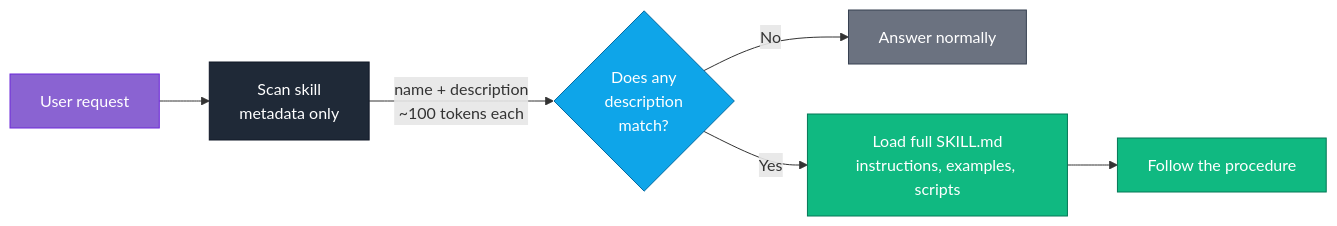
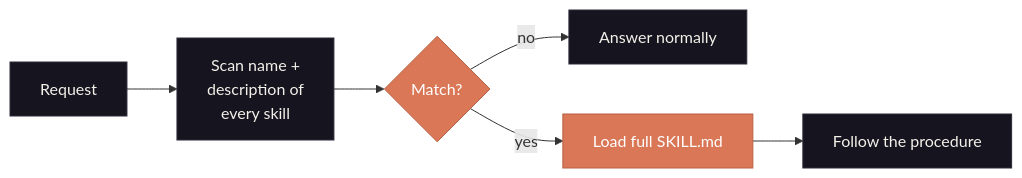
One commit to deepaksharma0801/ClaudeCode-Skills changed the diagram in README.md. Above: the diagram before and after it, drawn with Mermaid. The commit also changed other lines of this file, not shown here.

````diff
--- a/README.md
+++ b/README.md
@@ -89,15 +109,13 @@
 ```mermaid
 flowchart LR
-    A["User request"] --> B["Scan skill<br/>metadata only"]
-    B -->|"name + description<br/>~100 tokens each"| C{"Does any<br/>description<br/>match?"}
-    C -->|"No"| D["Answer normally"]
-    C -->|"Yes"| E["Load full SKILL.md<br/>instructions, examples, scripts"]
+    A["Request"] --> B["Scan name +<br/>description of<br/>every skill"]
+    B --> C{"Match?"}
+    C -->|no| D["Answer normally"]
+    C -->|yes| E["Load full SKILL.md"]
     E --> F["Follow the procedure"]
 
-    style A fill:#8A63D2,stroke:#6D28D9,color:#fff
-    style B fill:#1F2937,stroke:#111827,color:#fff
-    style C fill:#0EA5E9,stroke:#0369A1,color:#fff
-    style D fill:#6B7280,stroke:#374151,color:#fff
-    style E fill:#10B981,stroke:#047857,color:#fff
-    style F fill:#10B981,stroke:#047857,color:#fff
+    classDef base fill:#16141F,stroke:#2E2A3B,color:#F4F1EA
+    classDef accent fill:#D97757,stroke:#B85F42,color:#FFFFFF
+    class A,B,D,F base
+    class C,E accent
 ```
````
